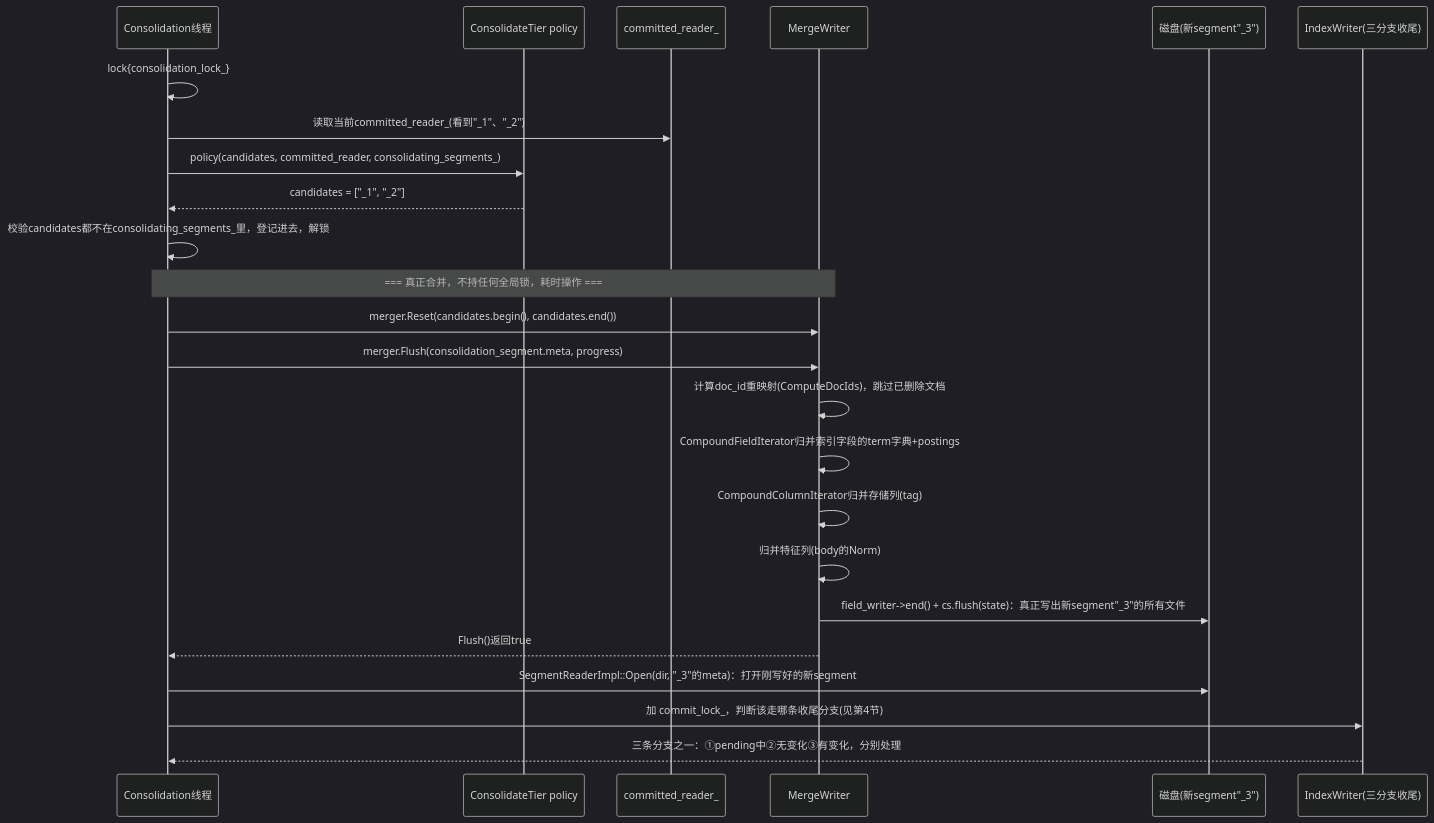
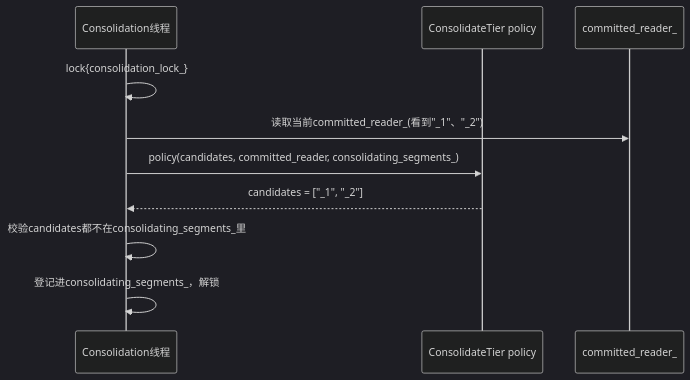
Before and after one commit to littledoglily/iresearch: the second of 6 diagrams in study/consolidation_merge_workflow.md, drawn with Mermaid (dark theme). The commit also changed other lines of this file and 13 other files, not shown here.

````diff
--- a/study/consolidation_merge_workflow.md
+++ b/study/consolidation_merge_workflow.md
@@ -26,29 +77,13 @@
 ```mermaid
 sequenceDiagram
     participant CS as Consolidation线程
     participant Policy as ConsolidateTier policy
     participant CR as committed_reader_
-    participant MW as MergeWriter
-    participant Disk as 磁盘(新segment"_3")
-    participant IW as IndexWriter(三分支收尾)
 
     CS->>CS: lock{consolidation_lock_}
     CS->>CR: 读取当前committed_reader_(看到"_1"、"_2")
     CS->>Policy: policy(candidates, committed_reader, consolidating_segments_)
     Policy-->>CS: candidates = ["_1", "_2"]
-    CS->>CS: 校验candidates都不在consolidating_segments_里，登记进去，解锁
-
-    Note over CS,MW: === 真正合并，不持任何全局锁，耗时操作 ===
-    CS->>MW: merger.Reset(candidates.begin(), candidates.end())
-    CS->>MW: merger.Flush(consolidation_segment.meta, progress)
-    MW->>MW: 计算doc_id重映射(ComputeDocIds)，跳过已删除文档
-    MW->>MW: CompoundFieldIterator归并索引字段的term字典+postings
-    MW->>MW: CompoundColumnIterator归并存储列(tag)
-    MW->>MW: 归并特征列(body的Norm)
-    MW->>Disk: field_writer->end() + cs.flush(state)：真正写出新segment"_3"的所有文件
-    MW-->>CS: Flush()返回true
-
-    CS->>Disk: SegmentReaderImpl::Open(dir, "_3"的meta)：打开刚写好的新segment
-    CS->>IW: 加 commit_lock_，判断该走哪条收尾分支(见第4节)
-    IW-->>CS: 三条分支之一：①pending中②无变化③有变化，分别处理
+    CS->>CS: 校验candidates都不在consolidating_segments_里
+    CS->>CS: 登记进consolidating_segments_，解锁
 ```
````
